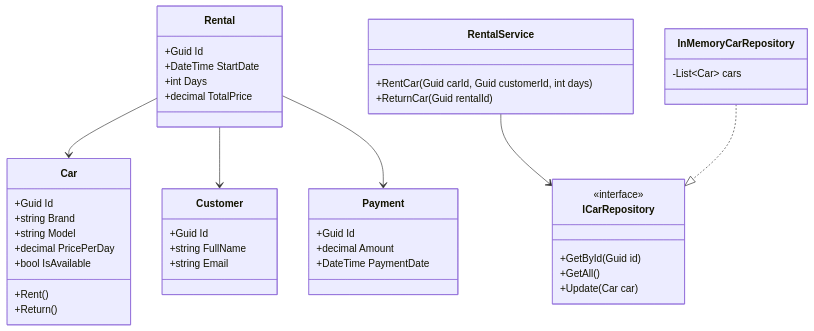
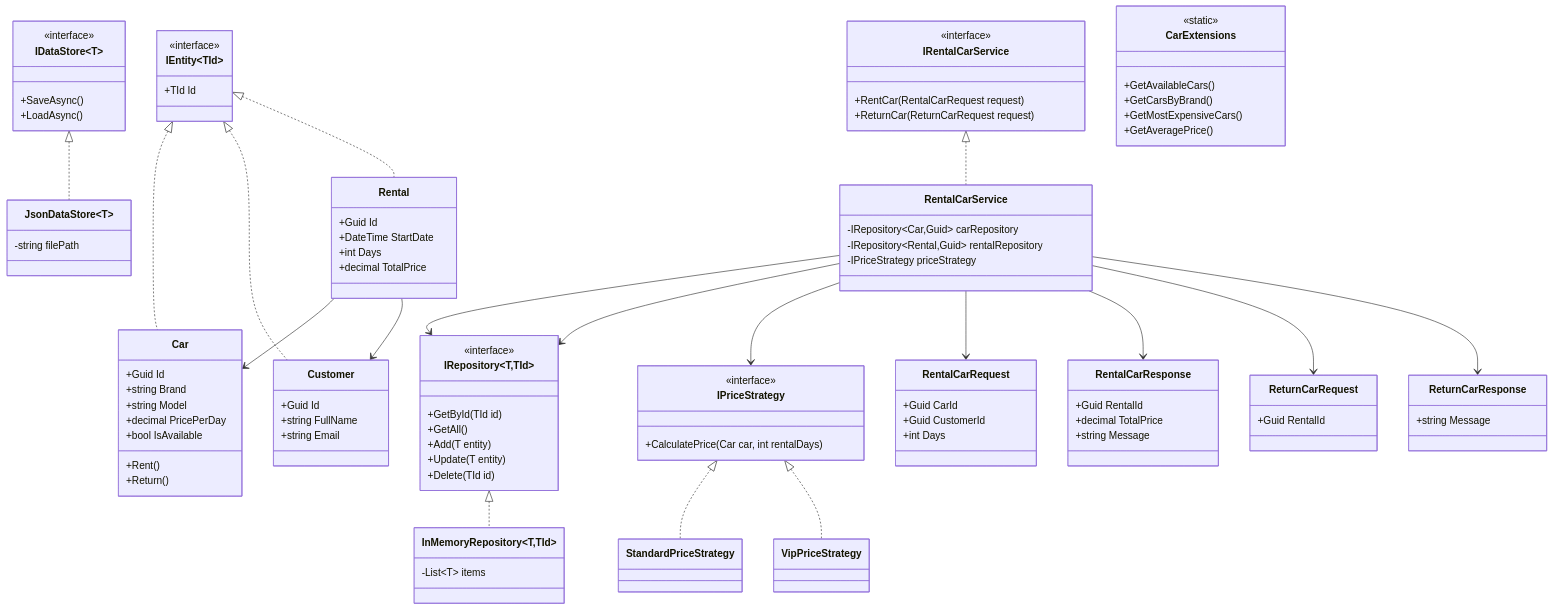
One commit to RuslanOreshko/OOP-CarRental changed the diagram in docs/class-diagram.md. Above: the diagram before and after it, drawn with Mermaid.

Commit message:
feat(docs): update UML diagrama

````diff
--- a/docs/class-diagram.md
+++ b/docs/class-diagram.md
@@ -3,5 +3,10 @@
 ```mermaid
 classDiagram
+
+class IEntity~TId~ {
+    <<interface>>
+    +TId Id
+}
 
 class Car {
     +Guid Id
@@ -26,32 +31,102 @@
     +decimal TotalPrice
 }
 
-class Payment {
-    +Guid Id
-    +decimal Amount
-    +DateTime PaymentDate
+class IRepository~T,TId~ {
+    <<interface>>
+    +GetById(TId id)
+    +GetAll()
+    +Add(T entity)
+    +Update(T entity)
+    +Delete(TId id)
 }
 
-class ICarRepository {
-    <<interface>>
-    +GetById(Guid id)
-    +GetAll()
-    +Update(Car car)
+class InMemoryRepository~T,TId~ {
+    -List~T~ items
 }
 
-class InMemoryCarRepository {
-    -List~Car~ cars
+class IDataStore~T~ {
+    <<interface>>
+    +SaveAsync()
+    +LoadAsync()
 }
 
-class RentalService {
-    +RentCar(Guid carId, Guid customerId, int days)
-    +ReturnCar(Guid rentalId)
+class JsonDataStore~T~ {
+    -string filePath
 }
+
+class IRentalCarService {
+    <<interface>>
+    +RentCar(RentalCarRequest request)
+    +ReturnCar(ReturnCarRequest request)
+}
+
+class RentalCarService {
+    -IRepository~Car,Guid~ carRepository
+    -IRepository~Rental,Guid~ rentalRepository
+    -IPriceStrategy priceStrategy
+}
+
+class RentalCarRequest {
+    +Guid CarId
+    +Guid CustomerId
+    +int Days
+}
+
+class RentalCarResponse {
+    +Guid RentalId
+    +decimal TotalPrice
+    +string Message
+}
+
+class ReturnCarRequest {
+    +Guid RentalId
+}
+
+class ReturnCarResponse {
+    +string Message
+}
+
+class IPriceStrategy {
+    <<interface>>
+    +CalculatePrice(Car car, int rentalDays)
+}
+
+class StandardPriceStrategy {
+}
+
+class VipPriceStrategy {
+}
+
+class CarExtensions {
+    <<static>>
+    +GetAvailableCars()
+    +GetCarsByBrand()
+    +GetMostExpensiveCars()
+    +GetAveragePrice()
+}
+
+IEntity~TId~ <|.. Car
+IEntity~TId~ <|.. Customer
+IEntity~TId~ <|.. Rental
+
+IRepository~T,TId~ <|.. InMemoryRepository~T,TId~
+
+IDataStore~T~ <|.. JsonDataStore~T~
+
+IRentalCarService <|.. RentalCarService
+
+IPriceStrategy <|.. StandardPriceStrategy
+IPriceStrategy <|.. VipPriceStrategy
 
 Rental --> Car
 Rental --> Customer
-Rental --> Payment
 
-RentalService --> ICarRepository
-InMemoryCarRepository ..|> ICarRepository
+RentalCarService --> IRepository~Car,Guid~
+RentalCarService --> IRepository~Rental,Guid~
+RentalCarService --> IPriceStrategy
+
+RentalCarService --> RentalCarRequest
+RentalCarService --> RentalCarResponse
+RentalCarService --> ReturnCarRequest
+RentalCarService --> ReturnCarResponse
 ```
````
